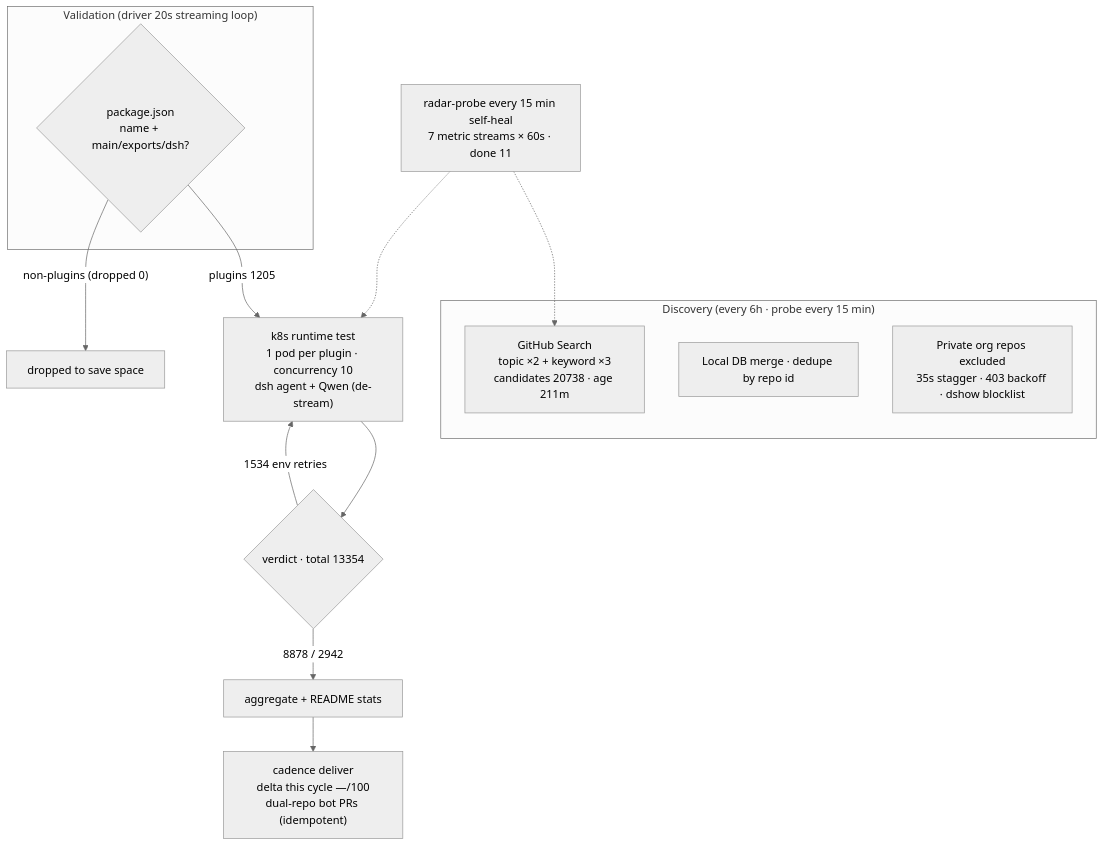
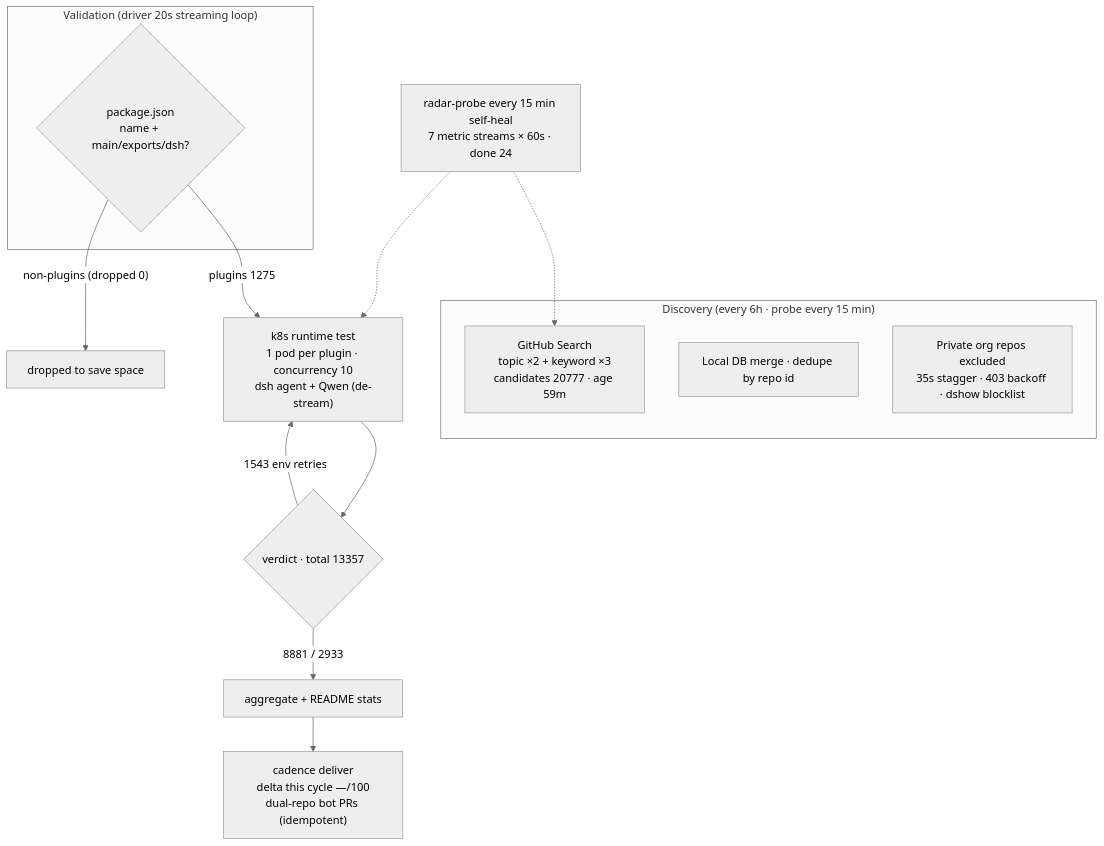
The diagram in README.en-US.md (1420079678-ctrl/dsh-plugin-radar), drawn with Mermaid (neutral theme) before and after one commit. The commit also changed other lines of this file and 15 other files, not shown here.

````diff
--- a/README.en-US.md
+++ b/README.en-US.md
@@ -45,20 +45,20 @@
 ```mermaid
 flowchart TB
     subgraph Discovery["Discovery (every 6h · probe every 15 min)"]
-        A1["GitHub Search<br/>topic ×2 + keyword ×3<br/>candidates 20738 · age 211m"]
+        A1["GitHub Search<br/>topic ×2 + keyword ×3<br/>candidates 20777 · age 59m"]
         A2["Local DB merge · dedupe by repo id"]
         A3["Private org repos excluded<br/>35s stagger · 403 backoff · dshow blocklist"]
     end
     subgraph Validation["Validation (driver 20s streaming loop)"]
         B1{"package.json<br/>name + main/exports/dsh?"}
     end
-    B1 -->|"plugins 1205"| C1["k8s runtime test<br/>1 pod per plugin · concurrency 10<br/>dsh agent + Qwen (de-stream)"]
+    B1 -->|"plugins 1275"| C1["k8s runtime test<br/>1 pod per plugin · concurrency 10<br/>dsh agent + Qwen (de-stream)"]
     B1 -->|"non-plugins (dropped 0)"| B3["dropped to save space"]
-    C1 --> D1{"verdict · total 13354"}
-    D1 -->|"8878 / 2942"| E1["aggregate + README stats"]
-    D1 -->|"1534 env retries"| C1
+    C1 --> D1{"verdict · total 13357"}
+    D1 -->|"8881 / 2933"| E1["aggregate + README stats"]
+    D1 -->|"1543 env retries"| C1
     E1 --> E2["cadence deliver<br/>delta this cycle —/100<br/>dual-repo bot PRs (idempotent)"]
-    M["radar-probe every 15 min self-heal<br/>7 metric streams × 60s · done 11"]
+    M["radar-probe every 15 min self-heal<br/>7 metric streams × 60s · done 24"]
     M -.-> A1
     M -.-> C1
 ```
````
